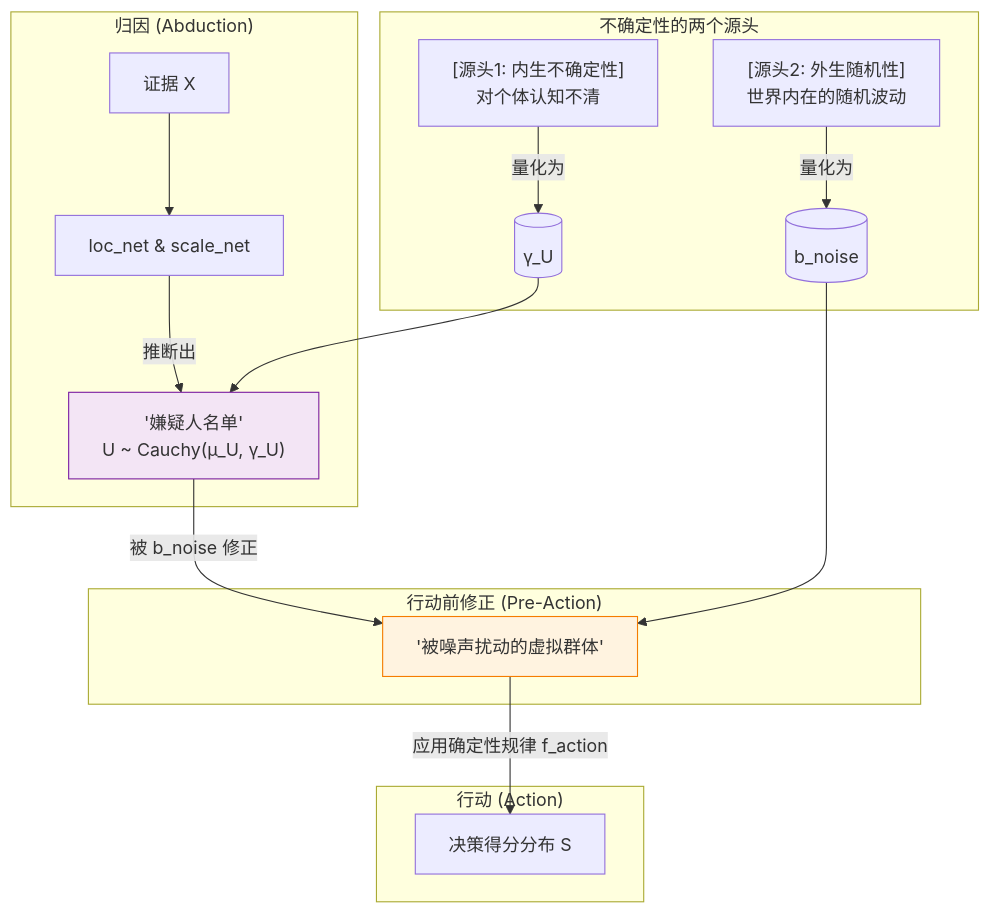
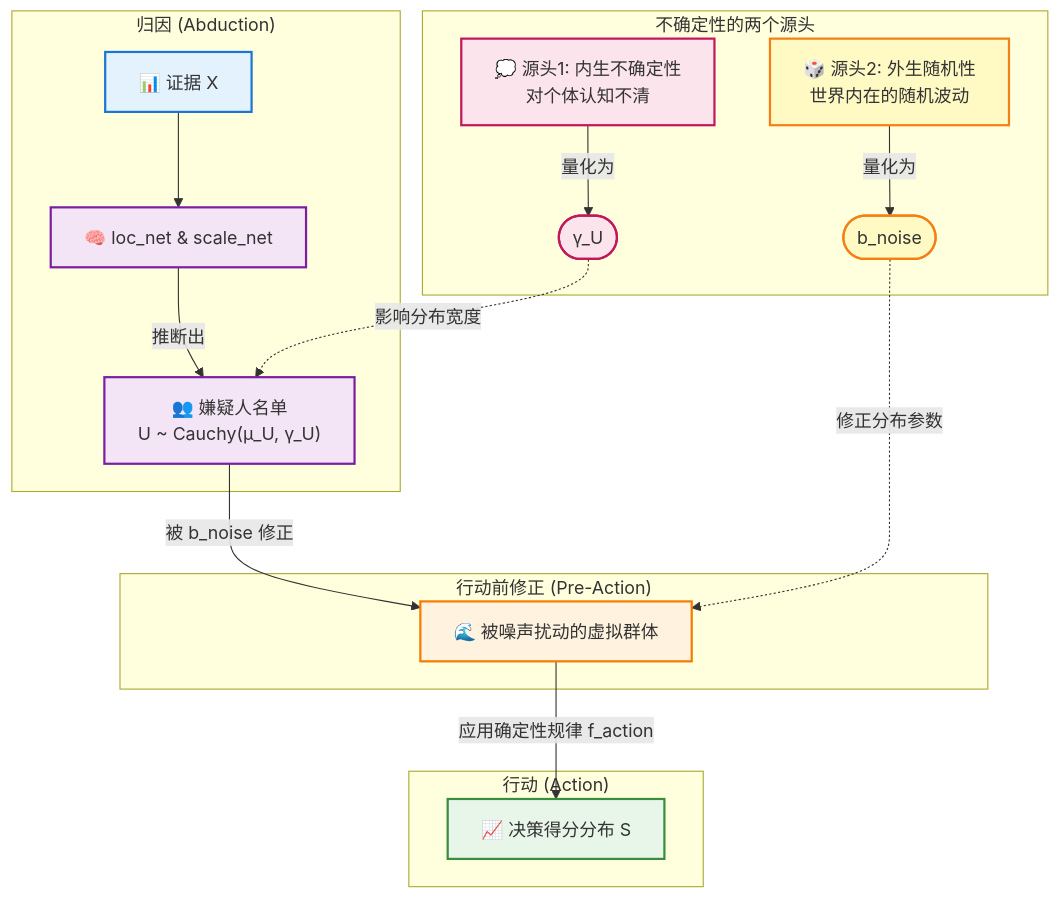
The diagram in paper/strategy/on_decomposing_noise.md (1587causalai/causal-sklearn), drawn with Mermaid before and after one commit. The commit also changed other lines of this file and 4 other files, not shown here.

````diff
--- a/paper/strategy/on_decomposing_noise.md
+++ b/paper/strategy/on_decomposing_noise.md
@@ -66,25 +66,33 @@
 ```mermaid
 graph TD
     subgraph "归因 (Abduction)"
-        X["证据 X"] --> Nets["loc_net & scale_net"]
-        Nets --> |推断出| U_dist["'嫌疑人名单'<br>U ~ Cauchy(μ_U, γ_U)"]
+        X["📊 证据 X"] --> Nets["🧠 loc_net & scale_net"]
+        Nets -->|"推断出"| U_dist["👥 嫌疑人名单<br/>U ~ Cauchy(μ_U, γ_U)"]
     end
 
     subgraph "行动前修正 (Pre-Action)"
-        U_dist --> |被 b_noise 修正| U_noisy_dist["'被噪声扰动的虚拟群体'"]
-        style U_noisy_dist fill:#fff3e0,stroke:#f57c00
+        U_dist -->|"被 b_noise 修正"| U_noisy_dist["🌊 被噪声扰动的虚拟群体"]
+        style U_noisy_dist fill:#fff3e0,stroke:#f57c00,stroke-width:2px
     end
 
     subgraph "行动 (Action)"
-        U_noisy_dist --> |应用确定性规律 f_action| S_dist["决策得分分布 S"]
+        U_noisy_dist -->|"应用确定性规律 f_action"| S_dist["📈 决策得分分布 S"]
     end
 
     subgraph "不确定性的两个源头"
-        Source1["[源头1: 内生不确定性]<br>对个体认知不清"] --"量化为"--> gamma_U[("γ_U")]
-        Source2["[源头2: 外生随机性]<br>世界内在的随机波动"] --"量化为"--> b_noise[("b_noise")]
+        Source1["💭 源头1: 内生不确定性<br/>对个体认知不清"] -->|"量化为"| gamma_U(["γ_U"])
+        Source2["🎲 源头2: 外生随机性<br/>世界内在的随机波动"] -->|"量化为"| b_noise(["b_noise"])
     end
 
-    gamma_U --> U_dist
-    b_noise --> U_noisy_dist
-    style U_dist fill:#f3e5f5,stroke:#7b1fa2
+    gamma_U -.->|"影响分布宽度"| U_dist
+    b_noise -.->|"修正分布参数"| U_noisy_dist
+    
+    style X fill:#e3f2fd,stroke:#1976d2,stroke-width:2px
+    style Nets fill:#f3e5f5,stroke:#7b1fa2,stroke-width:2px
+    style U_dist fill:#f3e5f5,stroke:#7b1fa2,stroke-width:2px
+    style S_dist fill:#e8f5e9,stroke:#388e3c,stroke-width:2px
+    style Source1 fill:#fce4ec,stroke:#c2185b,stroke-width:2px
+    style Source2 fill:#fff9c4,stroke:#f57f17,stroke-width:2px
+    style gamma_U fill:#fce4ec,stroke:#c2185b,stroke-width:2px
+    style b_noise fill:#fff9c4,stroke:#f57f17,stroke-width:2px
 ```
````
